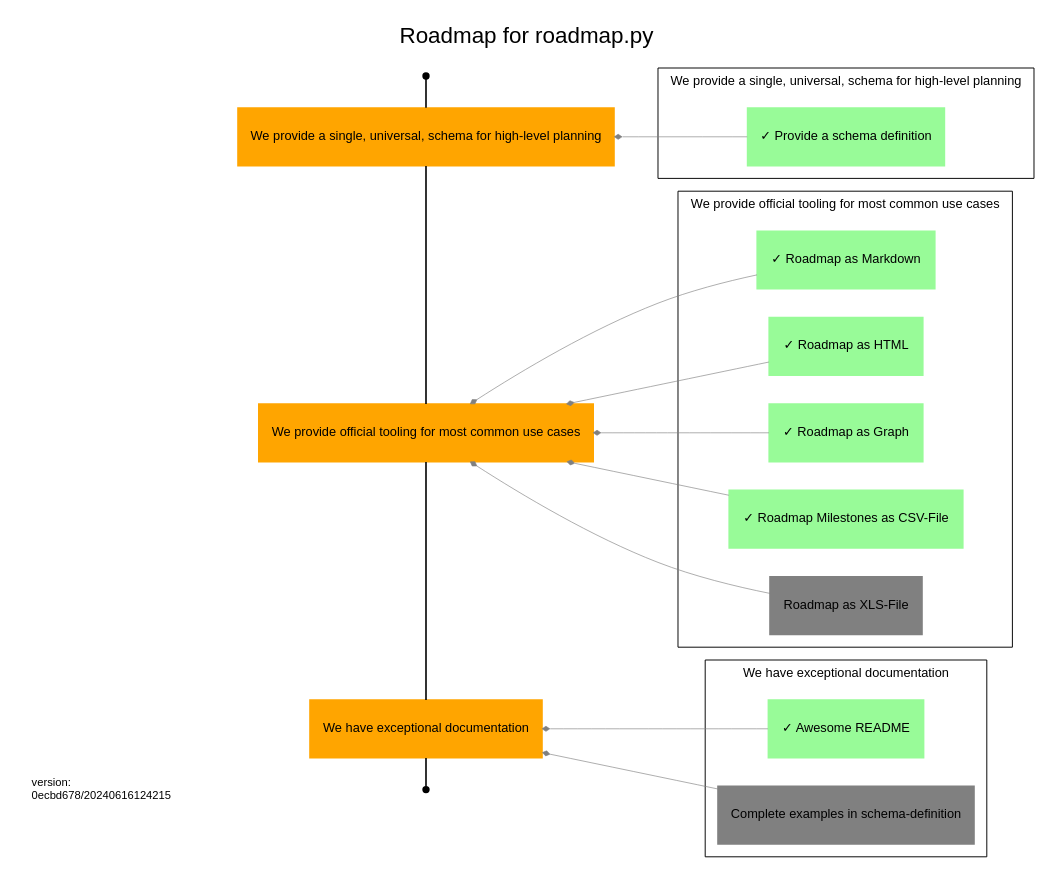
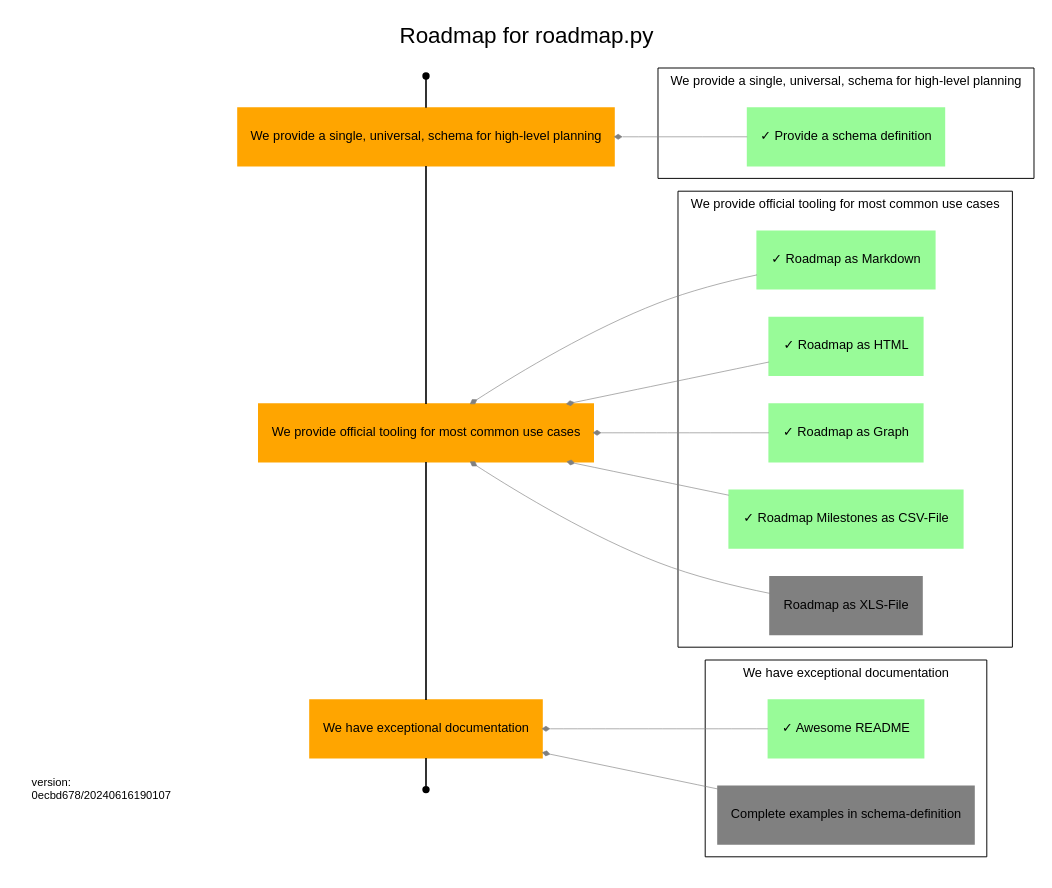
One commit to uroflavin/roadmap changed the diagram in roadmap/roadmap.dot. Above: the diagram before and after it, drawn with Graphviz. The commit also changed 5 other files, not shown here.

```diff
--- a/roadmap/roadmap.dot
+++ b/roadmap/roadmap.dot
@@ -1,143 +1,143 @@
 digraph Roadmap {
   rankdir=RL;
   label="Roadmap for roadmap.py"
   tooltip="This is the planning roadmap for the [uroflavin/roadmap](https://github.com/uroflavin/roadmap) project. 
 It acts as both the plan for implementing this tool as well as a demonstration of what a roadmap might look like.
 
 One good example is this roadmap itself. 
 What to-do and what is already done to implement roadmap.py can you see in this picture.
 
 ![Roadmap Objectives and Keyresults, rendered from roadmap.yml](roadmap.dot.png)
 
 One of the things you'll immediately notice about this file is that it uses *Markdown* for formatting of text and is designed around a structured YAML schema. 
 The goal is to make this as easy as possible for humans to read and reason about, while also enabling powerful visualizations to be generated based on the content.
 ";
   fontname="Arial";
   labelloc="t";
 
   node[style="filled",shape="rectangle",color="orange",fontname="Arial",fontsize=8];
   edge[weight=1,group="milestones",arrowhead="none"];
 
   {
 	rank=same;
 
 	start[label="Start",shape="point",color="",tooltip="This is the start of your roadmap."];
     end[label="End",shape="point",color="",tooltip="This is the end of your roadmap."];
     
     
     o1 [label="We provide a single, universal, schema for high-level planning",tooltip="The goal of this project is, primarily, to provide a single schema that can be used by different teams to describe the work they are doing and their future intentions. 
 The usefulness and applicability of this schema to real-world problem domains will determine whether anything else we do here is of value.
 "];
         
             "start" -> o1;
         
     o2 [label="We provide official tooling for most common use cases",tooltip="While the goal of having a single unified schema for planning is that it enables the development of tools that automate various aspects of planning, most teams are not going to adopt this if the fundamentals aren't already solved for them. 
 This includes things like being able to visualize your road map in common formats, validating it against the schema etc.
 "];
         
             o1 -> o2;
         
     o3 [label="We have exceptional documentation",tooltip="Adoption of something intended to make planning easier is only going to be successful if it is easy to use, and a critical part of that is great documentation. 
 Our goal is that someone with no familiarity with our tooling can ramp up and have an initial road map ready for use within only a few minutes.
 "];
         
             o2 -> o3;
         
             o3 -> "end" ;
         }
   node[color="grey"];
   edge[weight=5,color="grey",penwidth=0.4,arrowsize=0.4,group="dependencies",arrowhead="diamond"];
 
   
         
         subgraph cluster_o1 {
             label="We provide a single, universal, schema for high-level planning";
             tooltip="The goal of this project is, primarily, to provide a single schema that can be used by different teams to describe the work they are doing and their future intentions. 
 The usefulness and applicability of this schema to real-world problem domains will determine whether anything else we do here is of value.
 ";
             fontsize=8;
             penwidth=0.6;
             
                 
                 
                     
                 o1_r1 [label="✓ Provide a schema definition",tooltip="Develop a schema that fulfills the main requirements of the objective",color="palegreen"];
                 o1_r1 -> o1;
             }
     
         
         subgraph cluster_o2 {
             label="We provide official tooling for most common use cases";
             tooltip="While the goal of having a single unified schema for planning is that it enables the development of tools that automate various aspects of planning, most teams are not going to adopt this if the fundamentals aren't already solved for them. 
 This includes things like being able to visualize your road map in common formats, validating it against the schema etc.
 ";
             fontsize=8;
             penwidth=0.6;
             
                 
                 
                     
                 o2_r1 [label="✓ Roadmap as Markdown",tooltip="We should be able to generate some markdown out of roadmap.yml
 ",color="palegreen"];
                 o2_r1 -> o2;
             
                 
                 
                     
                 o2_r2 [label="✓ Roadmap as HTML",tooltip="We should be able to generate some html out of roadmap.yml
 ",color="palegreen"];
                 o2_r2 -> o2;
             
                 
                 
                     
                 o2_r3 [label="✓ Roadmap as Graph",tooltip="We should be able to generate some dot out of roadmap.yml
 ",color="palegreen"];
                 o2_r3 -> o2;
             
                 
                 
                     
                 o2_r4 [label="✓ Roadmap Milestones as CSV-File",tooltip="Excel is THE projectmanagement tool. 
 To render some progress in your favorite tool ;-) we should be able to generate some csv out of roadmap.yml-milestone and deliverables.
 CSV is limited capable for exporting everything, so this would be a good first step towards Roadmap als XLS-File.
 ",color="palegreen"];
                 o2_r4 -> o2;
             
                 
                 
                     
                 o2_r5 [label="Roadmap as XLS-File",tooltip="We should be able to generate some xls out of roadmap.yml
 ",color="grey"];
                 o2_r5 -> o2;
             }
     
         
         subgraph cluster_o3 {
             label="We have exceptional documentation";
             tooltip="Adoption of something intended to make planning easier is only going to be successful if it is easy to use, and a critical part of that is great documentation. 
 Our goal is that someone with no familiarity with our tooling can ramp up and have an initial road map ready for use within only a few minutes.
 ";
             fontsize=8;
             penwidth=0.6;
             
                 
                 
                     
                 o3_r1 [label="✓ Awesome README",tooltip="We need to complete our README explaining the purpose of this project and giving some basic examples of its use.
 ",color="palegreen"];
                 o3_r1 -> o3;
             
                 
                 
                     
                 o3_r2 [label="Complete examples in schema-definition",tooltip="Complete the examples so that every user of the schema is able to find suitable examples for their specific use cases",color="grey"];
                 o3_r2 -> o3;
             }
     subgraph footer {
                 {
                     rank="sink"; 
-                    footer [fontsize=7 shape="box" color="white" label="version:\l0ecbd678/20240616124215\l"];
+                    footer [fontsize=7 shape="box" color="white" label="version:\l0ecbd678/20240616190107\l"];
                 }
             }
 }
```
